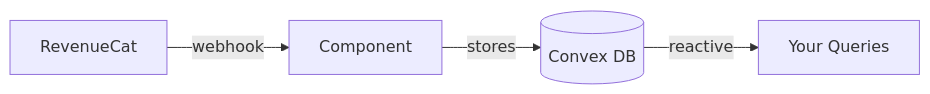
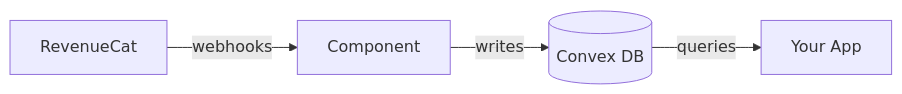
The diagram in README.md (ramonclaudio/convex-revenuecat), drawn with Mermaid before and after one commit. The commit also changed other lines of this file, not shown here.

Commit message:
docs: update API reference for webhook-only architecture

````diff
--- a/README.md
+++ b/README.md
@@ -27,6 +27,6 @@
 ```mermaid
 graph LR
-    A[RevenueCat] -->|webhook| B[Component]
-    B -->|stores| C[(Convex DB)]
-    C -->|reactive| D[Your Queries]
+    A[RevenueCat] -->|webhooks| B[Component]
+    B -->|writes| C[(Convex DB)]
+    C -->|queries| D[Your App]
 ```
````
